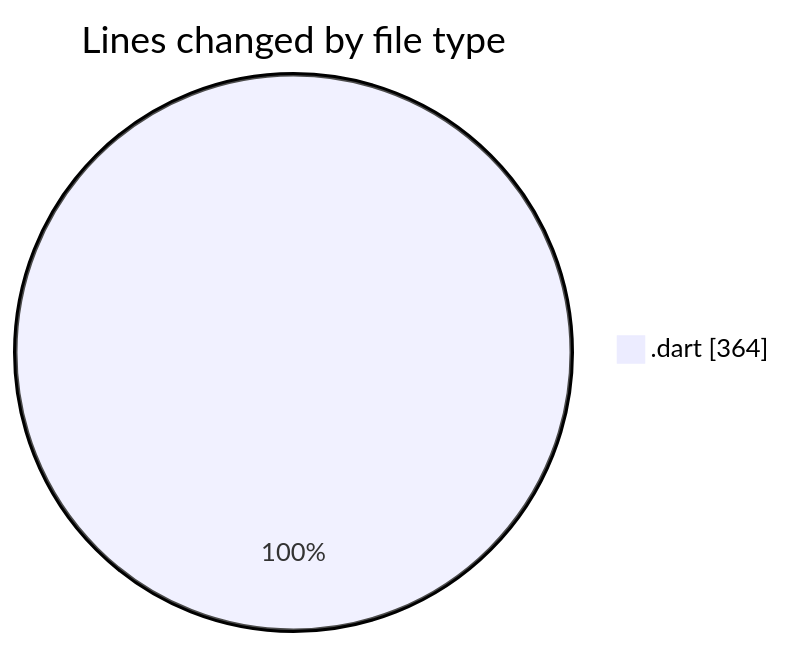
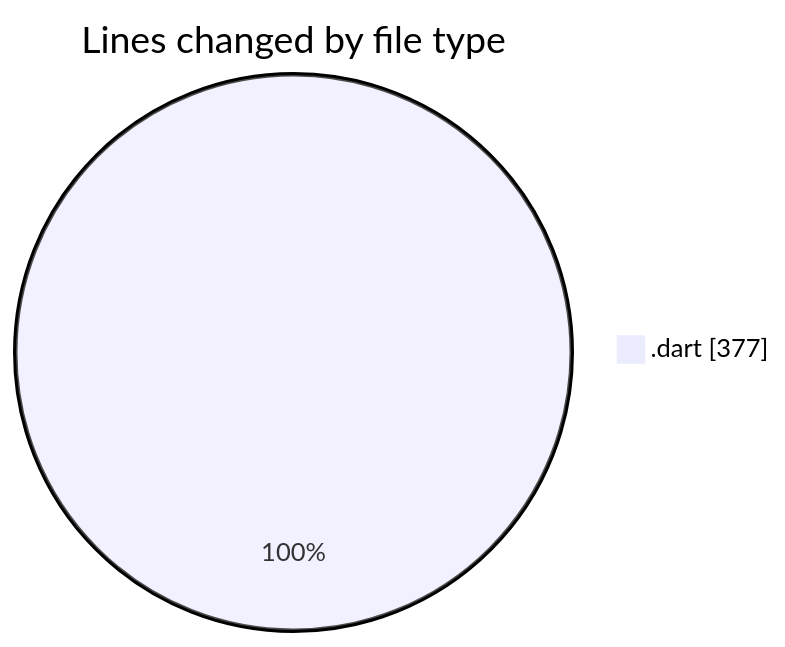
Before and after one commit to donsfak/code-tracking: the first of 2 diagrams in 2025-02-27/uber_clone/README.md, drawn with Mermaid. The commit also changed other lines of this file and 1 other file, not shown here.

````diff
--- a/2025-02-27/uber_clone/README.md
+++ b/2025-02-27/uber_clone/README.md
@@ -20,5 +20,5 @@
 ```mermaid
 pie showData
 title Lines changed by file type
-".dart" : 364
+".dart" : 377
 ```
````
